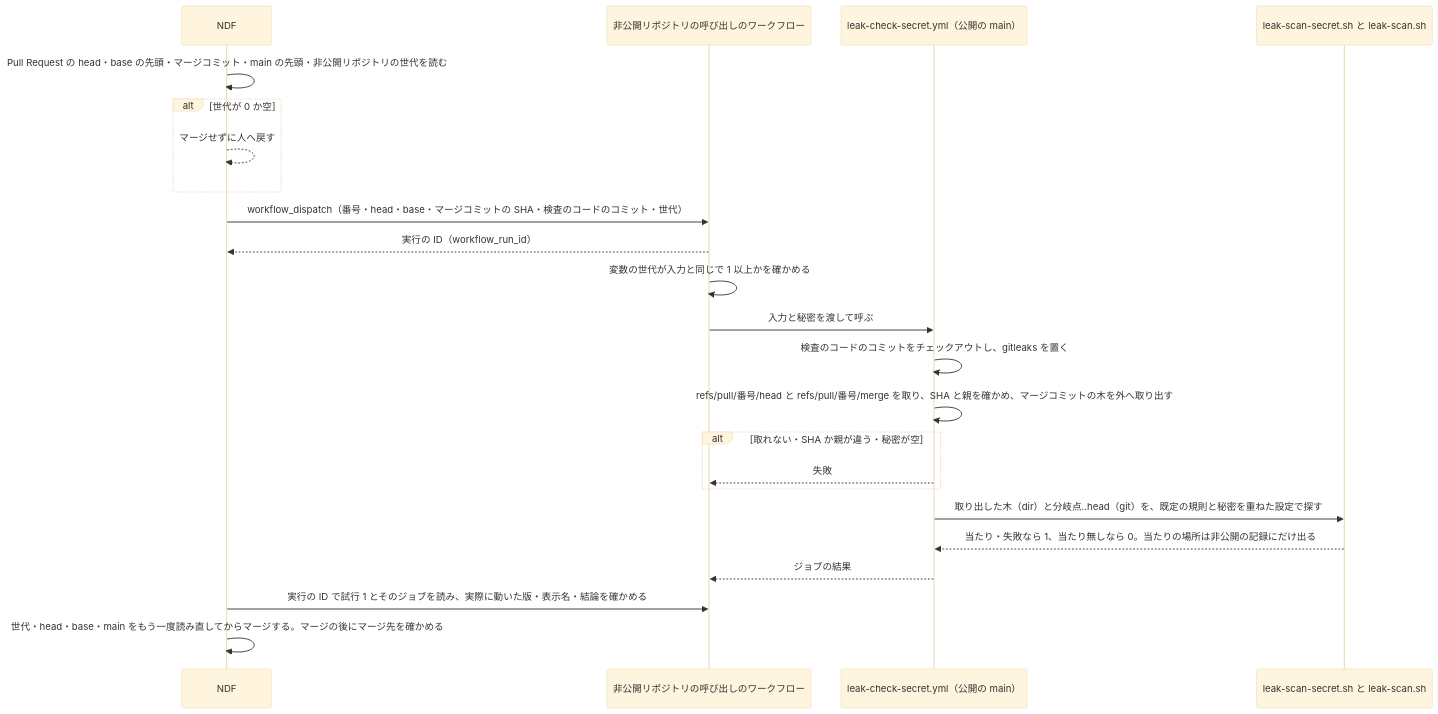
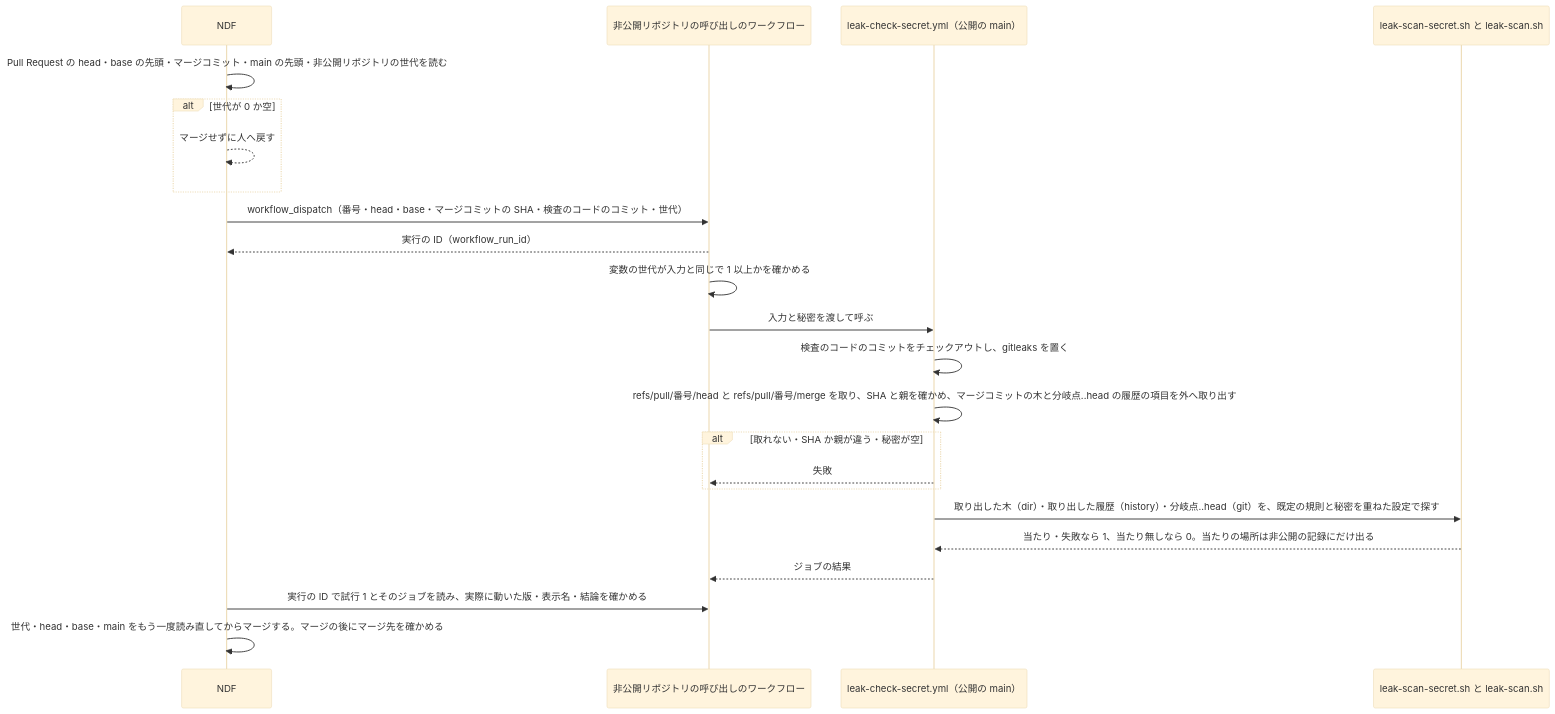
One commit to devbasex/nd-factory changed the fourth of 4 diagrams in issues/issue-96-101-design.md. Above: the diagram before and after it, drawn with Mermaid (base theme). The commit also changed other lines of this file and 2 other files, not shown here.

````diff
--- a/issues/issue-96-101-design.md
+++ b/issues/issue-96-101-design.md
@@ -142,25 +141,25 @@
 ```mermaid
 sequenceDiagram
     participant N as NDF
     participant P as 非公開リポジトリの呼び出しのワークフロー
     participant J as leak-check-secret.yml（公開の main）
     participant S as leak-scan-secret.sh と leak-scan.sh
     N->>N: Pull Request の head・base の先頭・マージコミット・main の先頭・非公開リポジトリの世代を読む
     alt 世代が 0 か空
         N-->>N: マージせずに人へ戻す
     end
     N->>P: workflow_dispatch（番号・head・base・マージコミットの SHA・検査のコードのコミット・世代）
     P-->>N: 実行の ID（workflow_run_id）
     P->>P: 変数の世代が入力と同じで 1 以上かを確かめる
     P->>J: 入力と秘密を渡して呼ぶ
     J->>J: 検査のコードのコミットをチェックアウトし、gitleaks を置く
-    J->>J: refs/pull/番号/head と refs/pull/番号/merge を取り、SHA と親を確かめ、マージコミットの木を外へ取り出す
+    J->>J: refs/pull/番号/head と refs/pull/番号/merge を取り、SHA と親を確かめ、マージコミットの木と分岐点..head の履歴の項目を外へ取り出す
     alt 取れない・SHA か親が違う・秘密が空
         J-->>P: 失敗
     end
-    J->>S: 取り出した木（dir）と分岐点..head（git）を、既定の規則と秘密を重ねた設定で探す
+    J->>S: 取り出した木（dir）・取り出した履歴（history）・分岐点..head（git）を、既定の規則と秘密を重ねた設定で探す
     S-->>J: 当たり・失敗なら 1、当たり無しなら 0。当たりの場所は非公開の記録にだけ出る
     J-->>P: ジョブの結果
     N->>P: 実行の ID で試行 1 とそのジョブを読み、実際に動いた版・表示名・結論を確かめる
     N->>N: 世代・head・base・main をもう一度読み直してからマージする。マージの後にマージ先を確かめる
 ```
````
